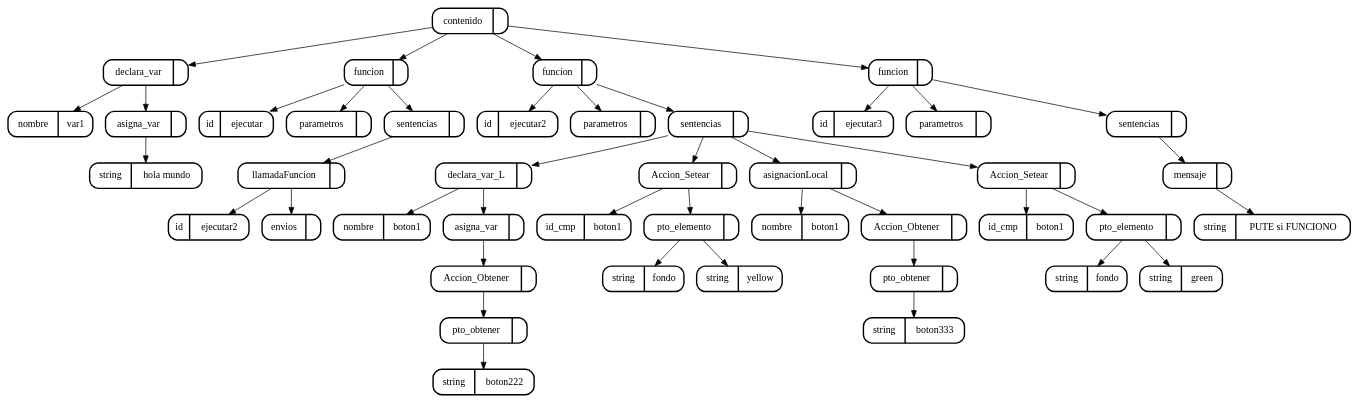
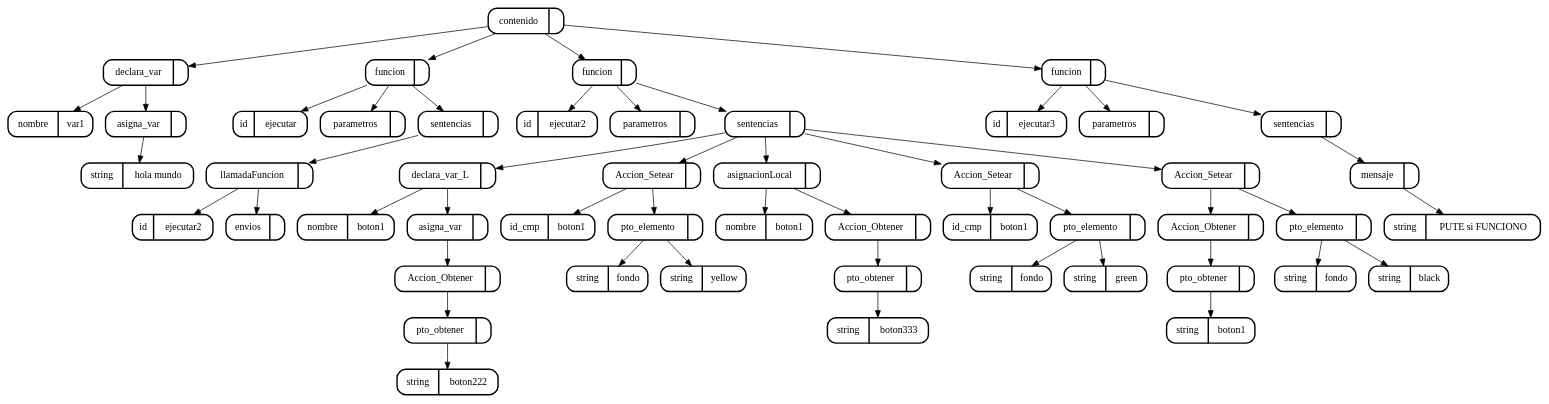
Before and after one commit to skrillfer/1s2018_CMP2P1: the diagram in USAC_WEB/Imagenes/arbol_cjs.dot, drawn with Graphviz. The commit also changed 9 other files, not shown here.

```diff
--- a/USAC_WEB/Imagenes/arbol_cjs.dot
+++ b/USAC_WEB/Imagenes/arbol_cjs.dot
@@ -1,89 +1,103 @@
 digraph G {
 node[shape=Mrecord]
 5[label="contenido | ",style=bold]
 3[label="declara_var | ",style=bold]
 {5}->{3}
 4[label="nombre | var1",style=bold]
 {3}->{4}
 2[label="asigna_var | ",style=bold]
 {3}->{2}
 1[label="string | hola mundo",style=bold]
 {2}->{1}
 11[label="funcion | ",style=bold]
 {5}->{11}
 12[label="id | ejecutar",style=bold]
 {11}->{12}
 6[label="parametros | ",style=bold]
 {11}->{6}
 10[label="sentencias | ",style=bold]
 {11}->{10}
 8[label="llamadaFuncion | ",style=bold]
 {10}->{8}
 9[label="id | ejecutar2",style=bold]
 {8}->{9}
 7[label="envios | ",style=bold]
 {8}->{7}
-36[label="funcion | ",style=bold]
-{5}->{36}
-37[label="id | ejecutar2",style=bold]
-{36}->{37}
+43[label="funcion | ",style=bold]
+{5}->{43}
+44[label="id | ejecutar2",style=bold]
+{43}->{44}
 13[label="parametros | ",style=bold]
-{36}->{13}
+{43}->{13}
 20[label="sentencias | ",style=bold]
-{36}->{20}
+{43}->{20}
 18[label="declara_var_L | ",style=bold]
 {20}->{18}
 19[label="nombre | boton1",style=bold]
 {18}->{19}
 17[label="asigna_var | ",style=bold]
 {18}->{17}
 16[label="Accion_Obtener | ",style=bold]
 {17}->{16}
 15[label="pto_obtener | ",style=bold]
 {16}->{15}
 14[label="string | boton222",style=bold]
 {15}->{14}
 24[label="Accion_Setear | ",style=bold]
 {20}->{24}
 25[label="id_cmp | boton1",style=bold]
 {24}->{25}
 23[label="pto_elemento | ",style=bold]
 {24}->{23}
 21[label="string | fondo",style=bold]
 {23}->{21}
 22[label="string | yellow",style=bold]
 {23}->{22}
 29[label="asignacionLocal | ",style=bold]
 {20}->{29}
 30[label="nombre | boton1",style=bold]
 {29}->{30}
 28[label="Accion_Obtener | ",style=bold]
 {29}->{28}
 27[label="pto_obtener | ",style=bold]
 {28}->{27}
 26[label="string | boton333",style=bold]
 {27}->{26}
 34[label="Accion_Setear | ",style=bold]
 {20}->{34}
 35[label="id_cmp | boton1",style=bold]
 {34}->{35}
 33[label="pto_elemento | ",style=bold]
 {34}->{33}
 31[label="string | fondo",style=bold]
 {33}->{31}
 32[label="string | green",style=bold]
 {33}->{32}
-42[label="funcion | ",style=bold]
-{5}->{42}
-43[label="id | ejecutar3",style=bold]
-{42}->{43}
-38[label="parametros | ",style=bold]
+42[label="Accion_Setear | ",style=bold]
+{20}->{42}
+38[label="Accion_Obtener | ",style=bold]
 {42}->{38}
-41[label="sentencias | ",style=bold]
+37[label="pto_obtener | ",style=bold]
+{38}->{37}
+36[label="string | boton1",style=bold]
+{37}->{36}
+41[label="pto_elemento | ",style=bold]
 {42}->{41}
-40[label="mensaje | ",style=bold]
+39[label="string | fondo",style=bold]
+{41}->{39}
+40[label="string | black",style=bold]
 {41}->{40}
-39[label="string | PUTE si FUNCIONO",style=bold]
-{40}->{39}
+49[label="funcion | ",style=bold]
+{5}->{49}
+50[label="id | ejecutar3",style=bold]
+{49}->{50}
+45[label="parametros | ",style=bold]
+{49}->{45}
+48[label="sentencias | ",style=bold]
+{49}->{48}
+47[label="mensaje | ",style=bold]
+{48}->{47}
+46[label="string | PUTE si FUNCIONO",style=bold]
+{47}->{46}
 
 }
```
